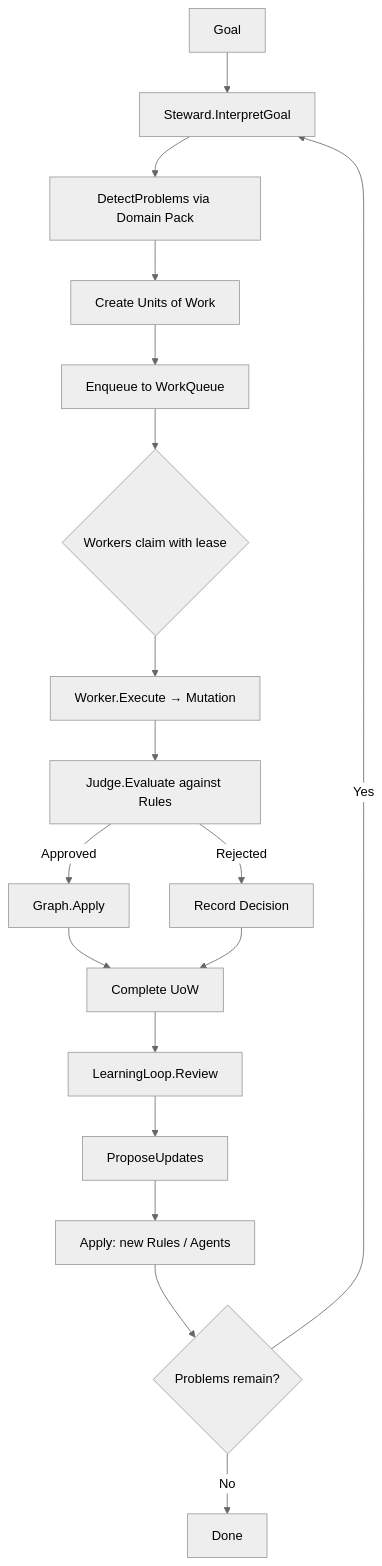
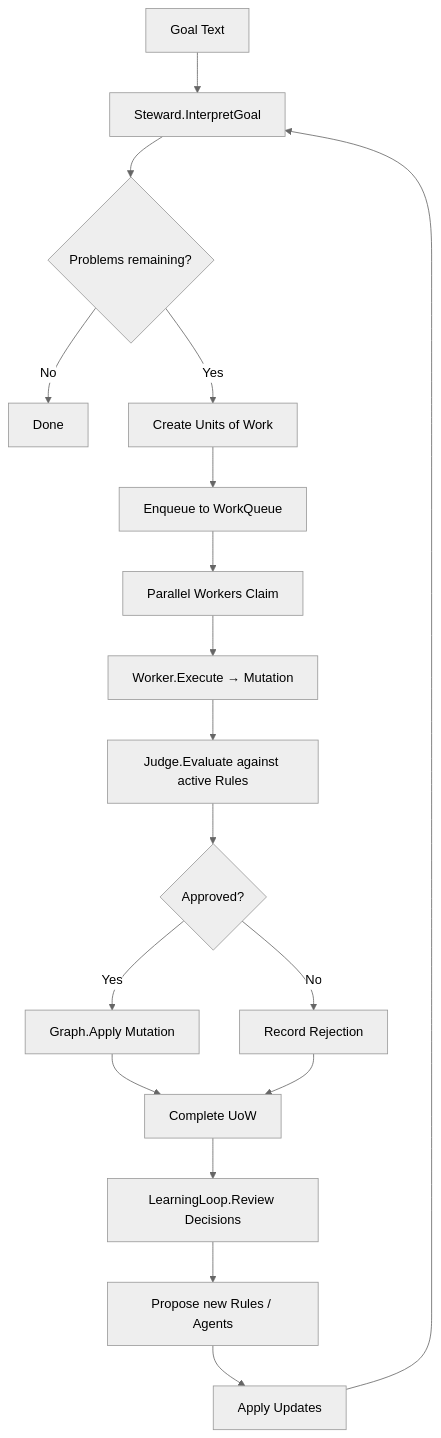
The second of 6 diagrams in docs/ER_DIAGRAMS.md (idristarwala/agent-factory), drawn with Mermaid (neutral theme) before and after one commit. The commit also changed other lines of this file and 1 other file, not shown here.

Commit message:
Add detailed ER and architecture diagrams to docs

````diff
--- a/docs/ER_DIAGRAMS.md
+++ b/docs/ER_DIAGRAMS.md
@@ -92,20 +71,20 @@
 ```mermaid
 flowchart TD
-    A[Goal] --> B[Steward.InterpretGoal]
-    B --> C[DetectProblems via Domain Pack]
-    C --> D[Create Units of Work]
-    D --> E[Enqueue to WorkQueue]
-    E --> F{Workers claim with lease}
-    F --> G[Worker.Execute → Mutation]
-    G --> H[Judge.Evaluate against Rules]
-    H -->|Approved| I[Graph.Apply]
-    H -->|Rejected| J[Record Decision]
-    I --> K[Complete UoW]
-    J --> K
-    K --> L[LearningLoop.Review]
-    L --> M[ProposeUpdates]
-    M --> N[Apply: new Rules / Agents]
-    N --> O{Problems remain?}
-    O -->|Yes| B
-    O -->|No| P[Done]
+    A[Goal Text] --> B[Steward.InterpretGoal]
+    B --> C{Problems remaining?}
+    C -->|No| D[Done]
+    C -->|Yes| E[Create Units of Work]
+    E --> F[Enqueue to WorkQueue]
+    F --> G[Parallel Workers Claim]
+    G --> H[Worker.Execute → Mutation]
+    H --> I[Judge.Evaluate against active Rules]
+    I --> J{Approved?}
+    J -->|Yes| K[Graph.Apply Mutation]
+    J -->|No| L[Record Rejection]
+    K --> M[Complete UoW]
+    L --> M
+    M --> N[LearningLoop.Review Decisions]
+    N --> O[Propose new Rules / Agents]
+    O --> P[Apply Updates]
+    P --> B
 ```
````
